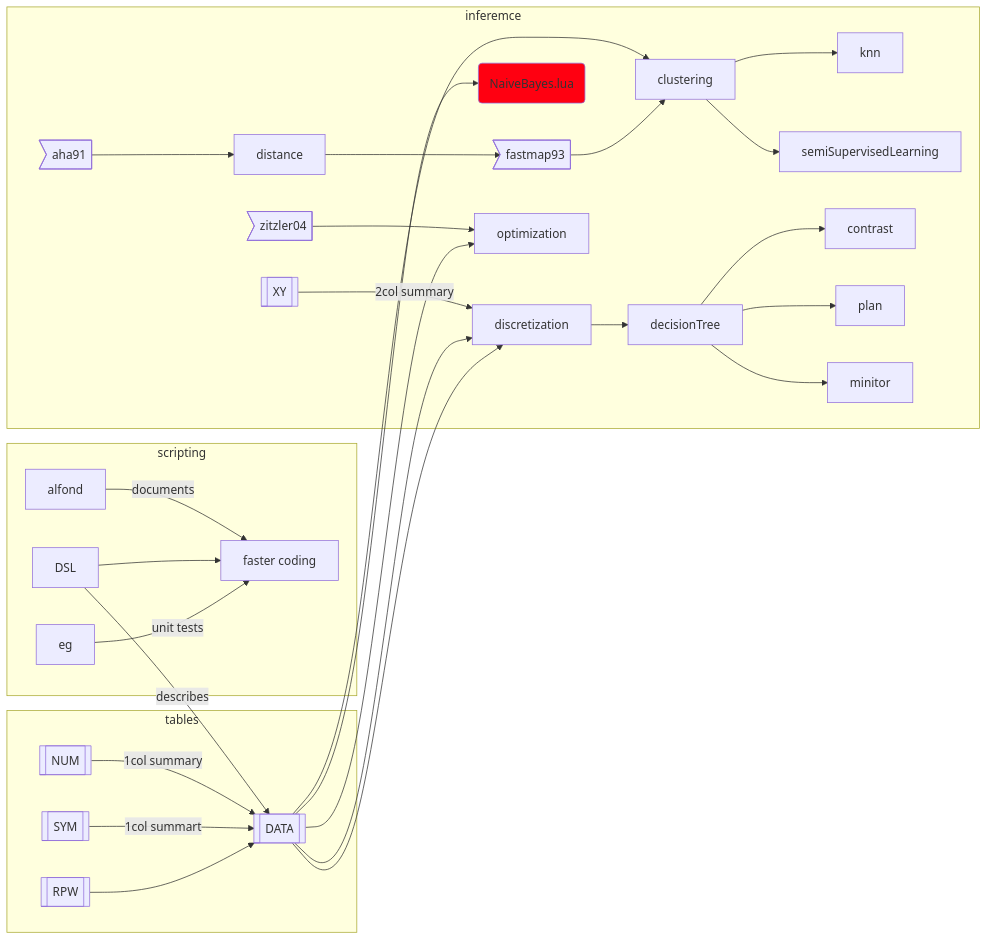
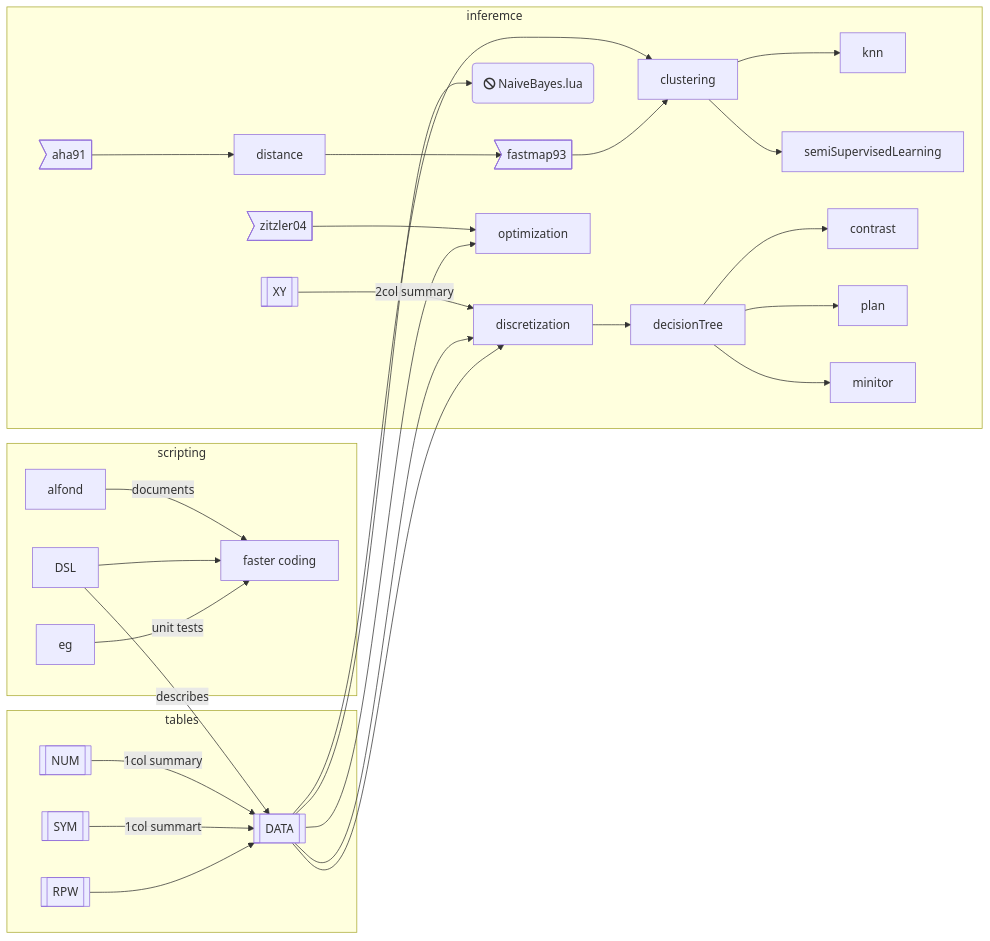
The diagram in README.md (timm/tested), drawn with Mermaid before and after one commit.

````diff
--- a/README.md
+++ b/README.md
@@ -24,40 +24,39 @@
 ```mermaid
 graph LR;
     subgraph scripting
        C[faster coding];
        alfond-- documents --> C;
        DSL-->C;
        eg-- unit tests -->C;
     end
        DSL-- describes -->D;
 
     subgraph tables
       R[[RPW]];
       D[[DATA]];
       S[[SYM]];
       N[[NUM]];
   N-- 1col summary -->D;
 	   S-- 1col summart -->D;
 	    R-->D;
 
     end
 
     subgraph inferemce
       XY[[XY]];
 	    XY-- 2col summary -->discretization -->decisionTree;
 	  	    D-->discretization;
-	  	    D-->nb(NaiveBayes.lua);
+	  	    D-->nb(fa:fa-ban NaiveBayes.lua);
 	  	    D-->clustering;
-          style nb fill:#f01 
       f>fastmap93]
 	    a>aha91]-->distance-->f--> clustering;
 	    clustering-->knn;
 	    clustering-->semiSupervisedLearning;
 	    z>zitzler04]-->optimization;
 	    D-->optimization;
 	    D-->discretization 
 	    decisionTree-->contrast;
 	    decisionTree-->plan;
 	    decisionTree-->minitor;
     end
 ```
````
